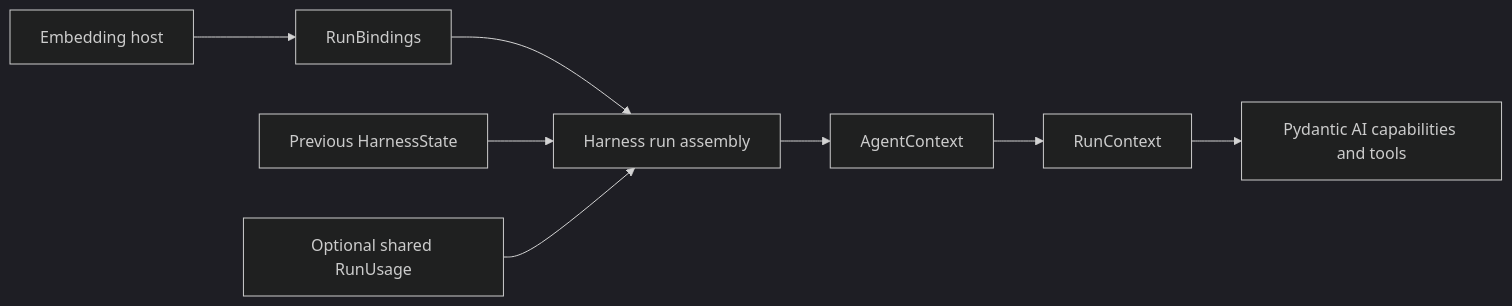
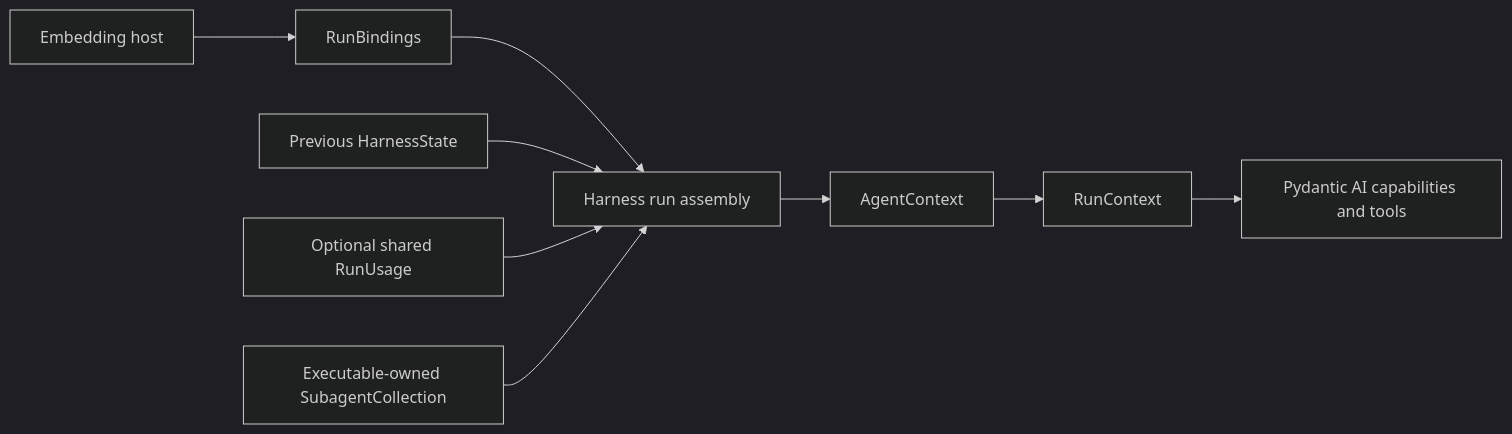
Before and after one commit to LTThreeComma/agent-foundation: the fourth of 5 diagrams in spec/agent-harness/01-pydantic-ai-foundation.md, drawn with Mermaid (dark theme). The commit also changed other lines of this file and 19 other files, not shown here.

````diff
--- a/spec/agent-harness/01-pydantic-ai-foundation.md
+++ b/spec/agent-harness/01-pydantic-ai-foundation.md
@@ -122,10 +122,11 @@
 ```mermaid
 flowchart LR
     Host[Embedding host] --> Bindings[RunBindings]
     Bindings --> Assemble[Harness run assembly]
     Previous[Previous HarnessState] --> Assemble
     Usage[Optional shared RunUsage] --> Assemble
+    Children[Executable-owned SubagentCollection] --> Assemble
     Assemble --> AgentCtx[AgentContext]
     AgentCtx --> Context[RunContext]
     Context --> Capability[Pydantic AI capabilities and tools]
 ```
````
